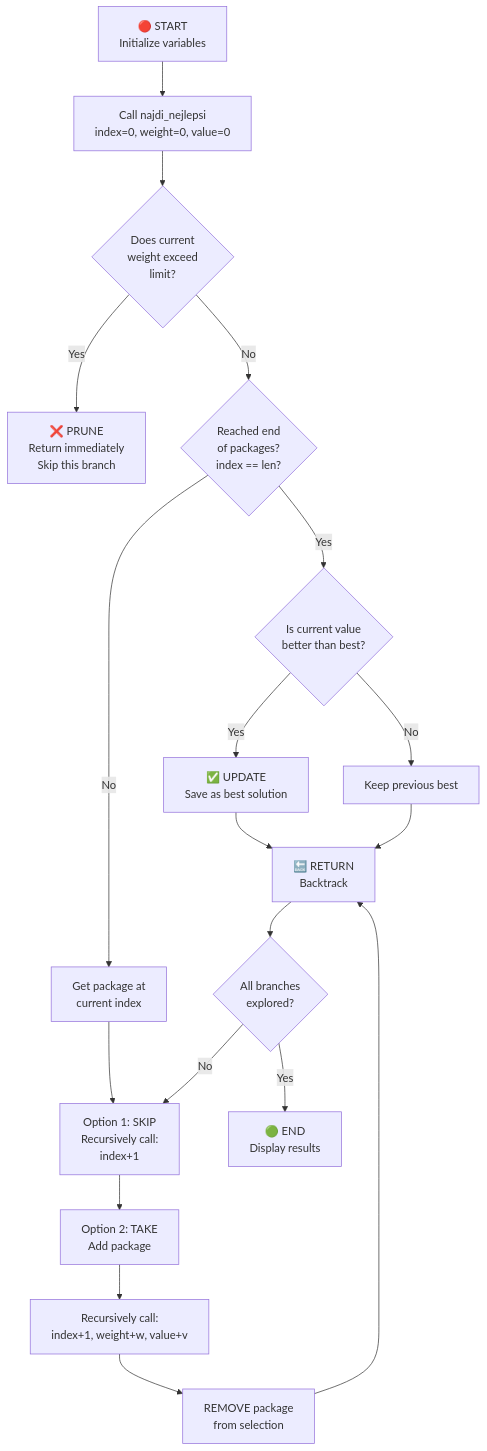
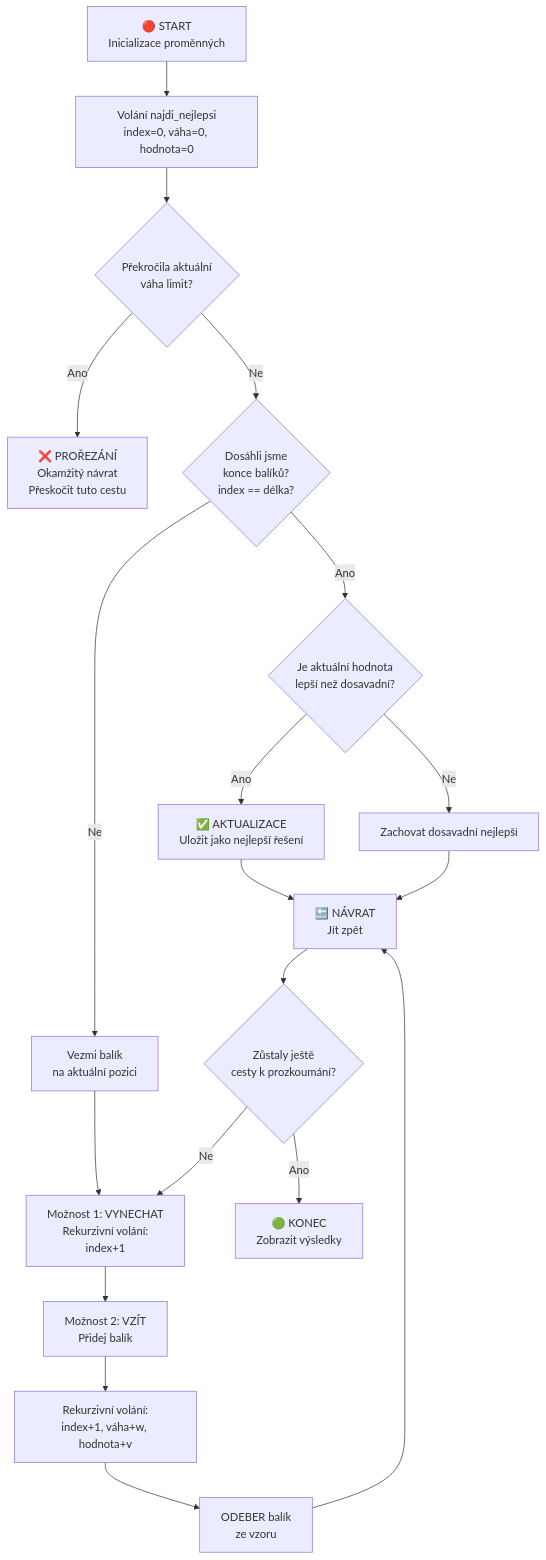
Before and after one commit to Morik5/teoreticka: the diagram in readme.md, drawn with Mermaid. The commit also changed other lines of this file, not shown here.

````diff
--- a/readme.md
+++ b/readme.md
@@ -10,21 +10,21 @@
 ```mermaid
 graph TD
-    A["🔴 START<br/>Initialize variables"] --> B["Call najdi_nejlepsi<br/>index=0, weight=0, value=0"]
-    B --> C{"Does current<br/>weight exceed<br/>limit?"}
-    C -->|Yes| D["❌ PRUNE<br/>Return immediately<br/>Skip this branch"]
-    C -->|No| E{"Reached end<br/>of packages?<br/>index == len?"}
-    E -->|Yes| F{"Is current value<br/>better than best?"}
-    F -->|Yes| G["✅ UPDATE<br/>Save as best solution"]
-    F -->|No| H["Keep previous best"]
-    G --> I["🔙 RETURN<br/>Backtrack"]
+    A["🔴 START<br/>Inicializace proměnných"] --> B["Volání najdi_nejlepsi<br/>index=0, váha=0, hodnota=0"]
+    B --> C{"Překročila aktuální<br/>váha limit?"}
+    C -->|Ano| D["❌ PROŘEZÁNÍ<br/>Okamžitý návrat<br/>Přeskočit tuto cestu"]
+    C -->|Ne| E{"Dosáhli jsme<br/>konce balíků?<br/>index == délka?"}
+    E -->|Ano| F{"Je aktuální hodnota<br/>lepší než dosavadní?"}
+    F -->|Ano| G["✅ AKTUALIZACE<br/>Uložit jako nejlepší řešení"]
+    F -->|Ne| H["Zachovat dosavadní nejlepší"]
+    G --> I["🔙 NÁVRAT<br/>Jít zpět"]
     H --> I
-    E -->|No| J["Get package at<br/>current index"]
-    J --> K["Option 1: SKIP<br/>Recursively call:<br/>index+1"]
-    K --> L["Option 2: TAKE<br/>Add package"]
-    L --> M["Recursively call:<br/>index+1, weight+w, value+v"]
-    M --> N["REMOVE package<br/>from selection"]
+    E -->|Ne| J["Vezmi balík<br/>na aktuální pozici"]
+    J --> K["Možnost 1: VYNECHAT<br/>Rekurzivní volání:<br/>index+1"]
+    K --> L["Možnost 2: VZÍT<br/>Přidej balík"]
+    L --> M["Rekurzivní volání:<br/>index+1, váha+w, hodnota+v"]
+    M --> N["ODEBER balík<br/>ze vzoru"]
     N --> I
-    I --> O{"All branches<br/>explored?"}
-    O -->|No| K
-    O -->|Yes| P["🟢 END<br/>Display results"]
+    I --> O{"Zůstaly ještě<br/>cesty k prozkoumání?"}
+    O -->|Ne| K
+    O -->|Ano| P["🟢 KONEC<br/>Zobrazit výsledky"]
 ```
````
